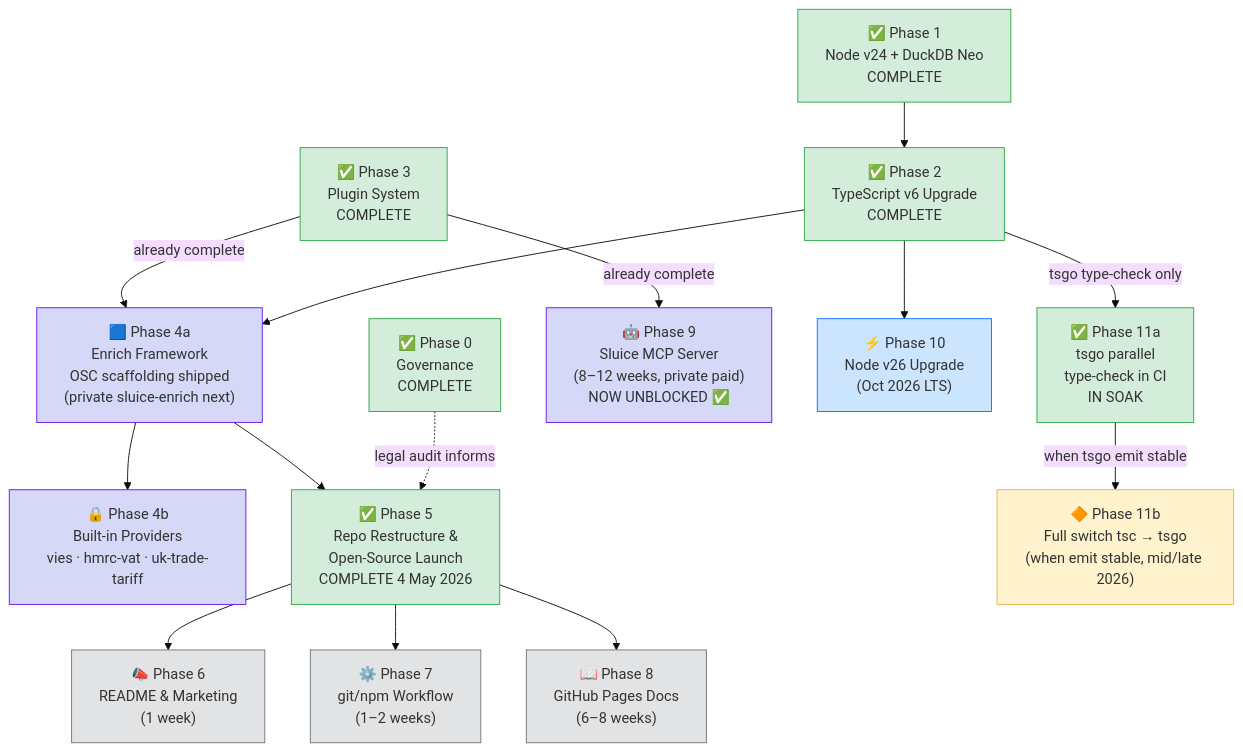
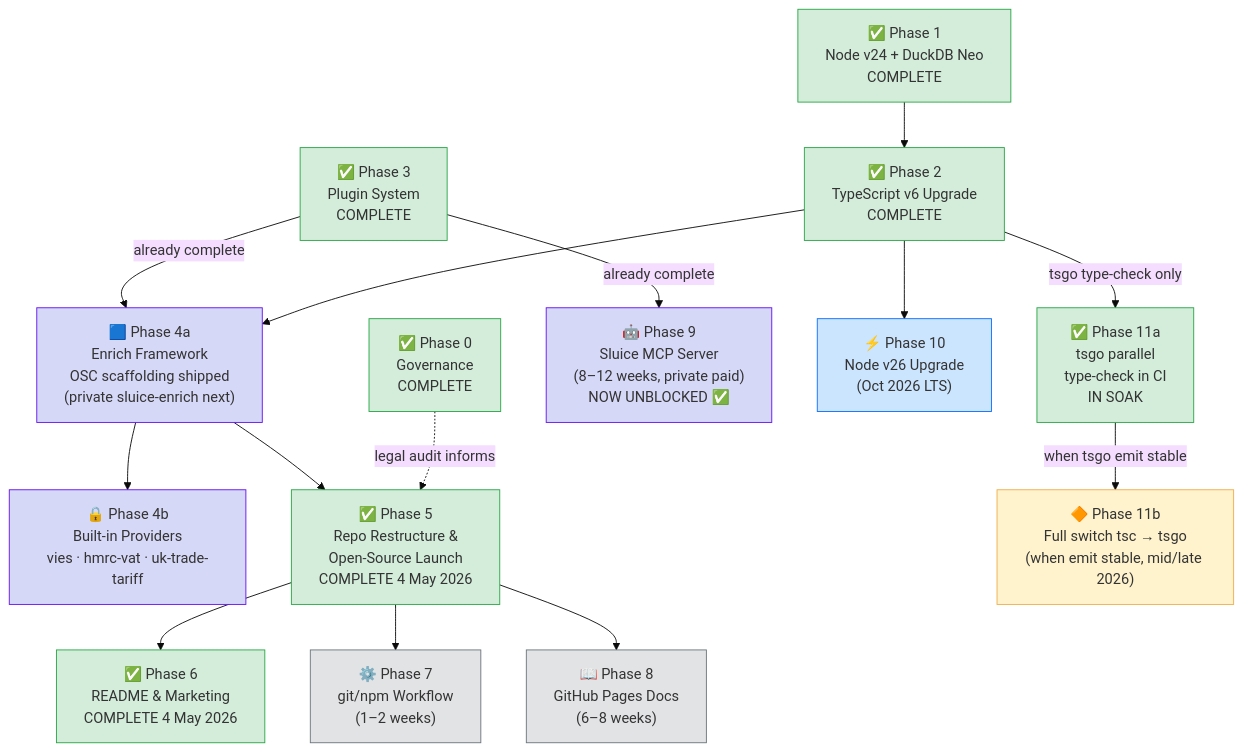
One commit to caracal-lynx/sluice changed the second of 8 diagrams in docs/SLUICE-IMPLEMENTATION-PLAN.md. Above: the diagram before and after it, drawn with Mermaid (base theme). The commit also changed other lines of this file and 1 other file, not shown here.

First line of the commit message:
[chore/phase-6-followup] - 📝 Mark Phase 6 complete + bump @caracal-lynx/sluice to 0.1.2 (#28)

````diff
--- a/docs/SLUICE-IMPLEMENTATION-PLAN.md
+++ b/docs/SLUICE-IMPLEMENTATION-PLAN.md
@@ -137,46 +137,46 @@
 ```mermaid
 flowchart TD
     P0["✅ Phase 0<br/>Governance<br/>COMPLETE"]
     P1["✅ Phase 1<br/>Node v24 + DuckDB Neo<br/>COMPLETE"]
     P2["✅ Phase 2<br/>TypeScript v6 Upgrade<br/>COMPLETE"]
     P3["✅ Phase 3<br/>Plugin System<br/>COMPLETE"]
     P4A["🟦 Phase 4a<br/>Enrich Framework<br/>OSC scaffolding shipped<br/>(private sluice-enrich next)"]
     P4B["🔒 Phase 4b<br/>Built-in Providers<br/>vies · hmrc-vat · uk-trade-tariff"]
     P5["✅ Phase 5<br/>Repo Restructure &<br/>Open-Source Launch<br/>COMPLETE 4 May 2026"]
-    P6["📣 Phase 6<br/>README & Marketing<br/>(1 week)"]
+    P6["✅ Phase 6<br/>README & Marketing<br/>COMPLETE 4 May 2026"]
     P7["⚙️ Phase 7<br/>git/npm Workflow<br/>(1–2 weeks)"]
     P8["📖 Phase 8<br/>GitHub Pages Docs<br/>(6–8 weeks)"]
     P9["🤖 Phase 9<br/>Sluice MCP Server<br/>(8–12 weeks, private paid)<br/>NOW UNBLOCKED ✅"]
     P10["⚡ Phase 10<br/>Node v26 Upgrade<br/>(Oct 2026 LTS)"]
     P11A["✅ Phase 11a<br/>tsgo parallel<br/>type-check in CI<br/>IN SOAK"]
     P11B["🔶 Phase 11b<br/>Full switch tsc → tsgo<br/>(when emit stable, mid/late 2026)"]
 
     P0 -.->|legal audit informs| P5
     P1 --> P2
     P2 -->|tsgo type-check only| P11A
     P2 --> P4A
     P3 -->|already complete| P4A
     P3 -->|already complete| P9
     P4A --> P4B
     P4A --> P5
     P5 --> P6
     P5 --> P7
     P5 --> P8
     P2 --> P10
     P11A -->|when tsgo emit stable| P11B
 
     style P0 fill:#d4edda,stroke:#28a745
     style P1 fill:#d4edda,stroke:#28a745
     style P2 fill:#d4edda,stroke:#28a745
     style P3 fill:#d4edda,stroke:#28a745
     style P4A fill:#d6d8f7,stroke:#6610f2
     style P4B fill:#d6d8f7,stroke:#6610f2
     style P5 fill:#d4edda,stroke:#28a745
-    style P6 fill:#e2e3e5,stroke:#6c757d
+    style P6 fill:#d4edda,stroke:#28a745
     style P7 fill:#e2e3e5,stroke:#6c757d
     style P8 fill:#e2e3e5,stroke:#6c757d
     style P9 fill:#d6d8f7,stroke:#6610f2
     style P10 fill:#cce5ff,stroke:#0d6efd
     style P11A fill:#d4edda,stroke:#28a745
     style P11B fill:#fff3cd,stroke:#f0ad4e
 ```
````
